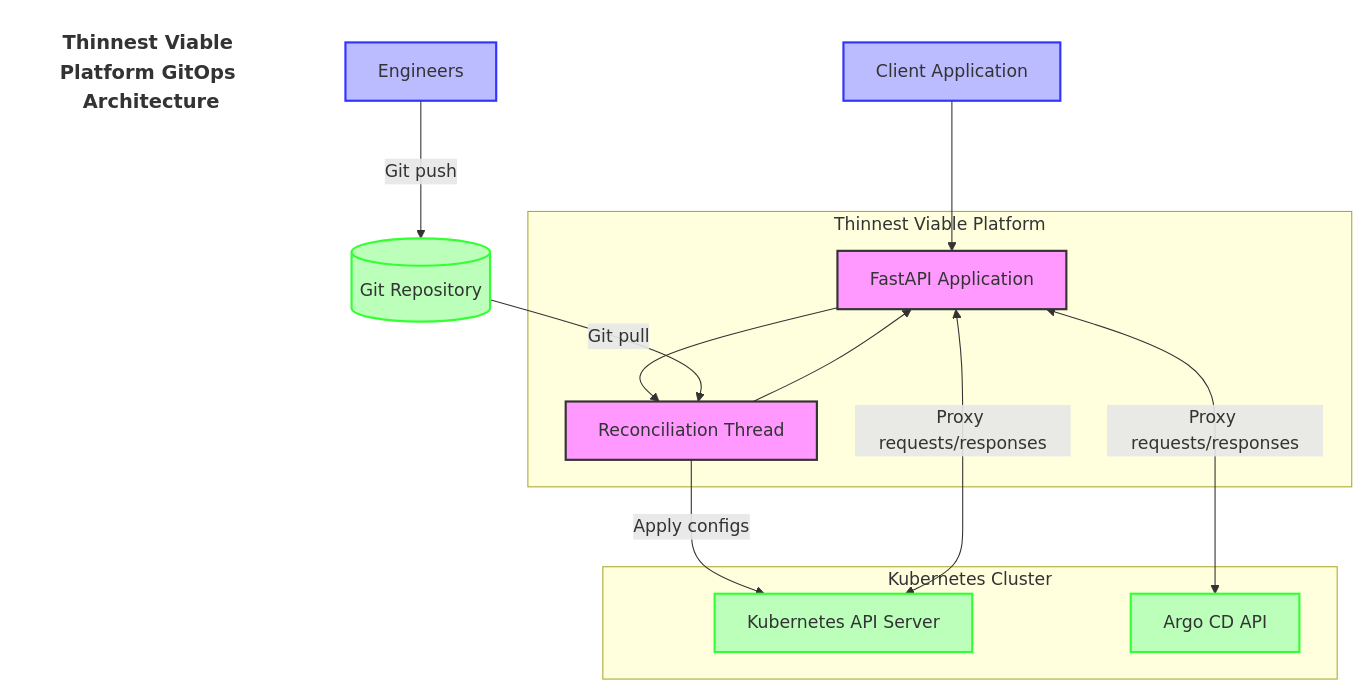
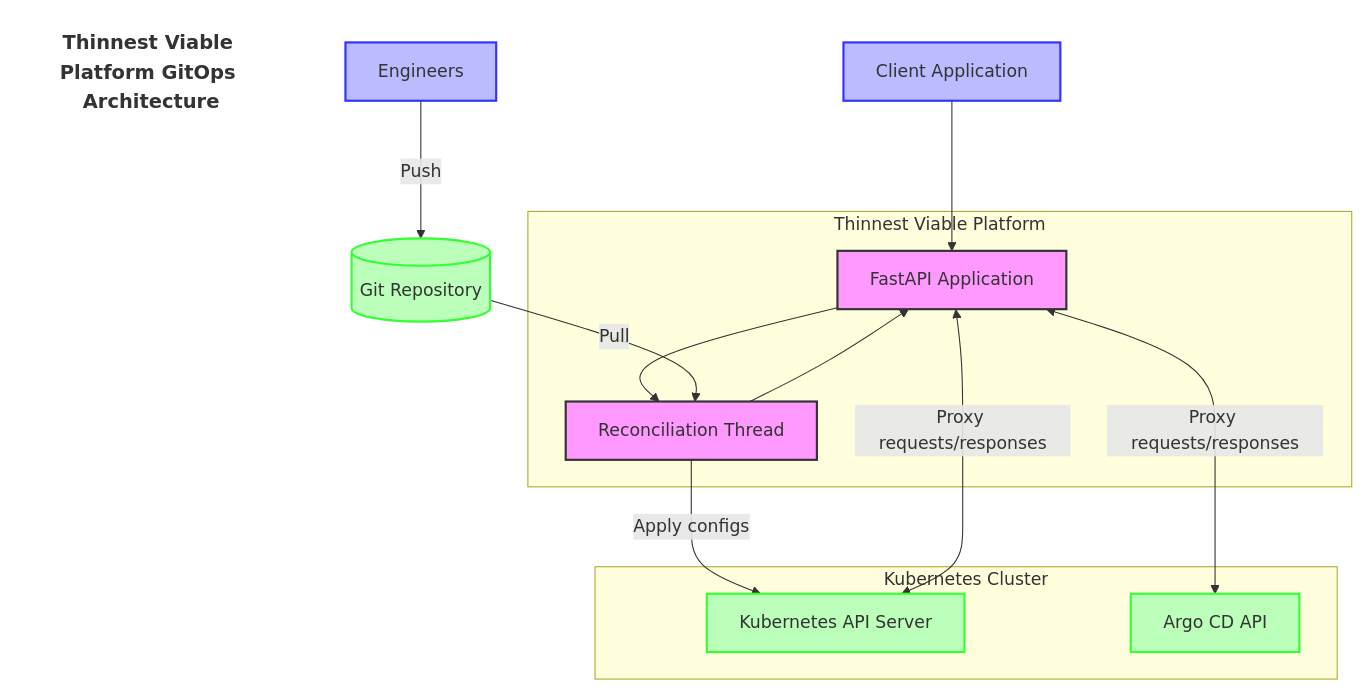
One commit to lloydchang/tvp-k8s changed the diagram in fastapi/mermaid/tvp-gitops-architecture-diagram.mermaid. Above: the diagram before and after it, drawn with Mermaid.

```diff
--- a/fastapi/mermaid/tvp-gitops-architecture-diagram.mermaid
+++ b/fastapi/mermaid/tvp-gitops-architecture-diagram.mermaid
@@ -1,31 +1,31 @@
 flowchart TB
     title[Thinnest Viable Platform GitOps Architecture]
     style title fill:none,stroke:none,font-size:18px,font-weight:bold
     subgraph "Thinnest Viable Platform"
         API[FastAPI Application]
         RT[Reconciliation Thread]
         
         API --> RT
         RT --> API
     end
     
-    Eng[Engineers] -->|Git push| GitRepo[(Git Repository)]
-    GitRepo -->|Git pull| RT
+    Eng[Engineers] -->|Push| GitRepo[(Git Repository)]
+    GitRepo -->|Pull| RT
     RT -->|Apply configs| KubernetesAPI
     
     subgraph "Kubernetes Cluster"
         KubernetesAPI[Kubernetes API Server]
         ArgoCD[Argo CD API]
     end
     
     Client[Client Application] --> API
     API <-->|Proxy requests/responses| KubernetesAPI
     API <-->|Proxy requests/responses| ArgoCD
     
     classDef platform fill:#f9f,stroke:#333,stroke-width:2px
     classDef external fill:#bfb,stroke:#3f3,stroke-width:2px
     classDef user fill:#bbf,stroke:#33f,stroke-width:2px
     
     class API,RT platform
     class KubernetesAPI,ArgoCD,GitRepo external
     class Eng,Client user
```
